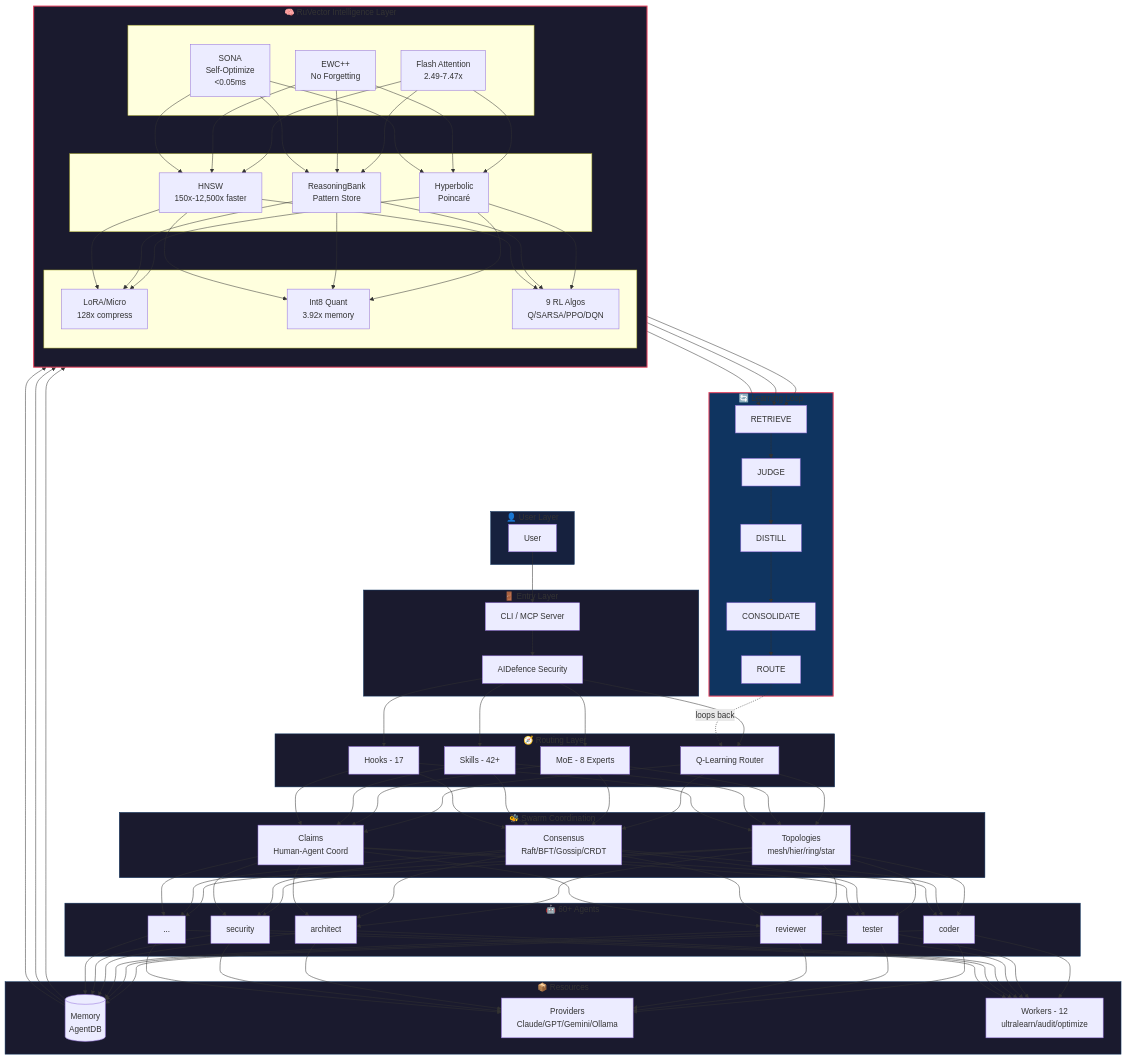
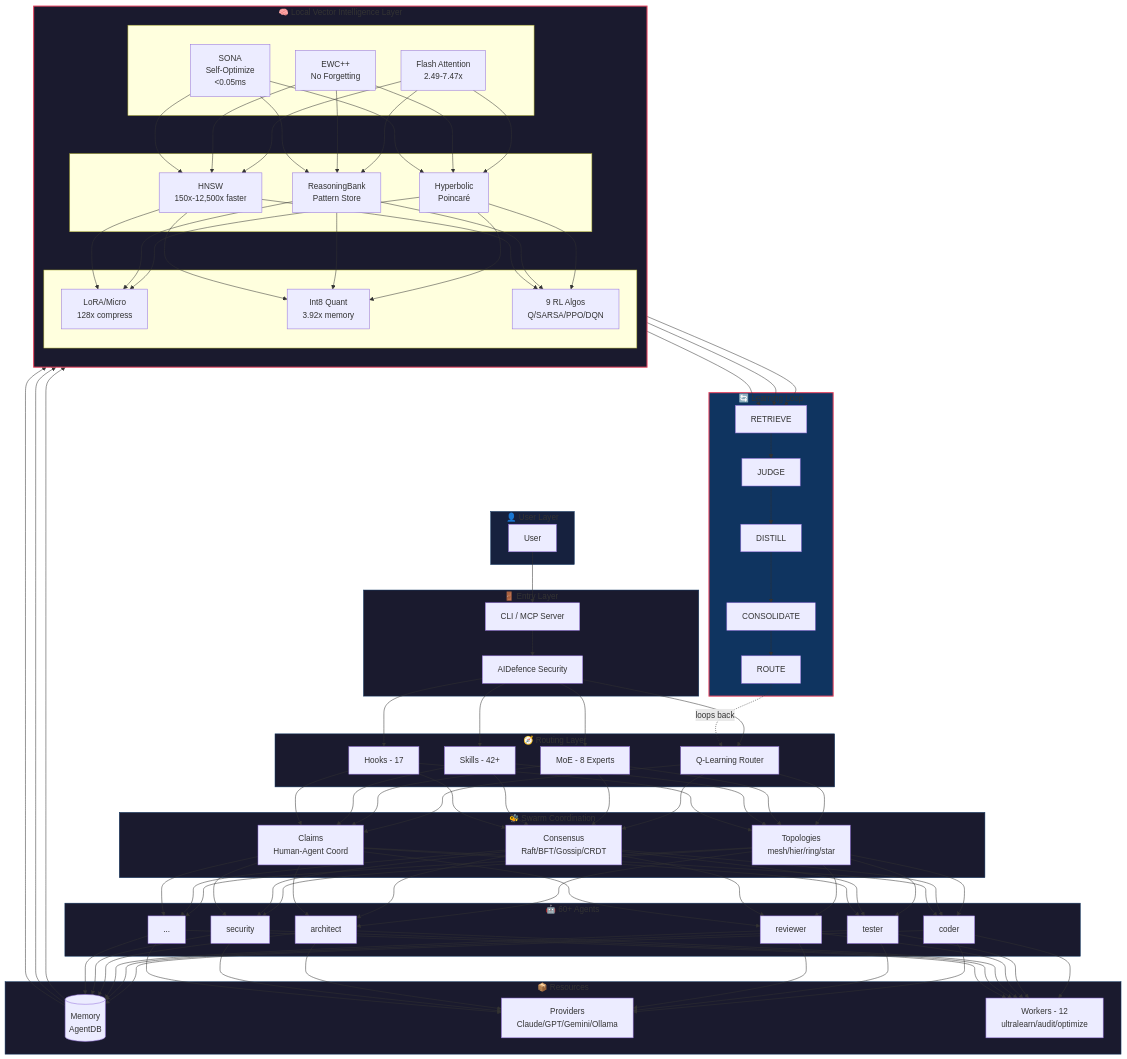
Before and after one commit to hypnwtykvmpr/hive-flow: the first of 6 diagrams in v3/@hive-flow/cli/README.md, drawn with Mermaid. The commit also changed other lines of this file and 276 other files, not shown here.

```diff
--- a/v3/@hive-flow/cli/README.md
+++ b/v3/@hive-flow/cli/README.md
@@ -79,7 +79,7 @@
         WORK[Workers - 12<br/>ultralearn/audit/optimize]
     end
 
-    subgraph RUVECTOR["🧠 RuVector Intelligence Layer"]
+    subgraph RUVECTOR["🧠 Local Vector Intelligence Layer"]
         direction TB
         subgraph ROW1[" "]
             SONA[SONA<br/>Self-Optimize<br/>&lt;0.05ms]
```
